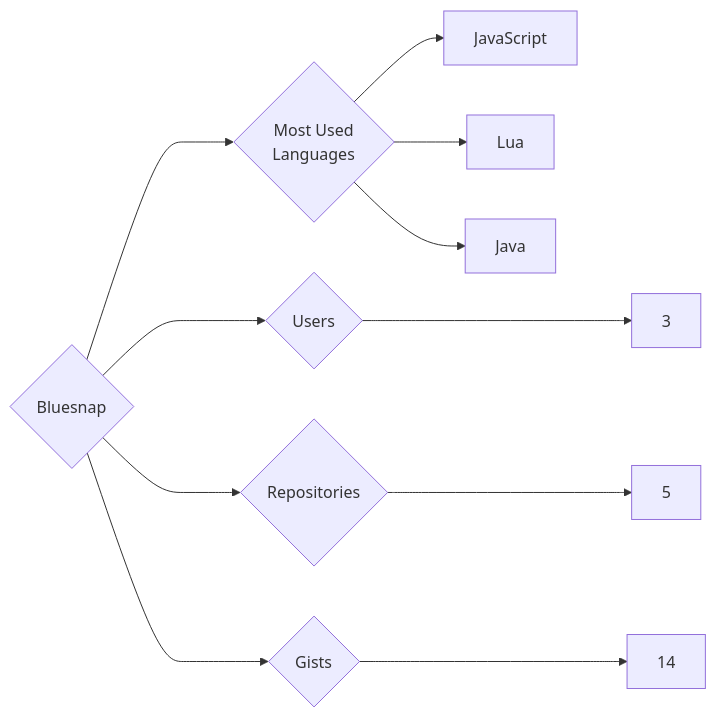
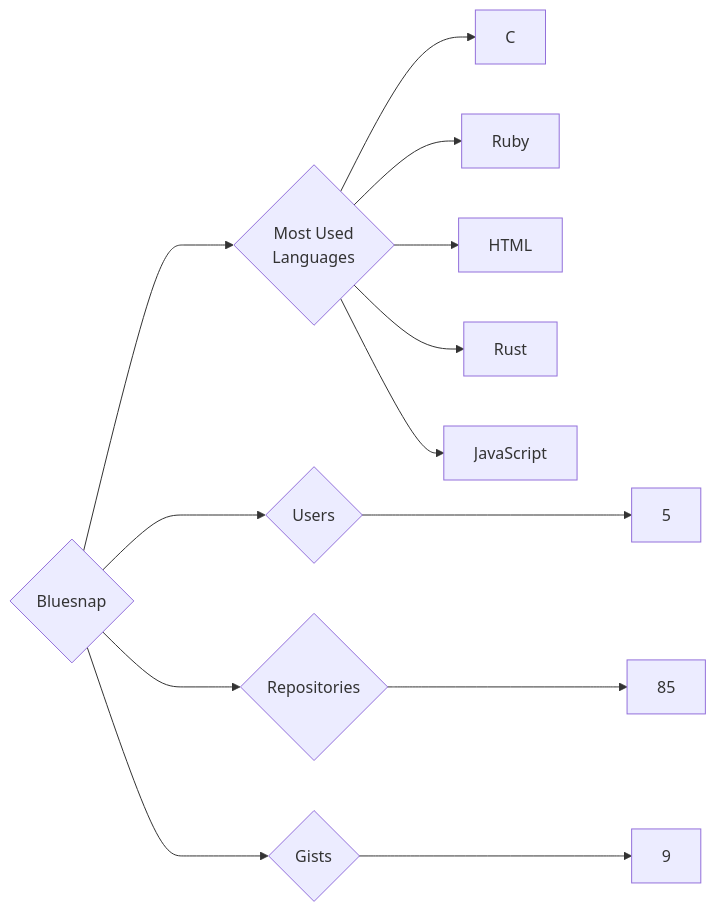
Before and after one commit to trickest/insiders: the diagram in targets/Bluesnap/README.md, drawn with Mermaid. The commit also changed 1314 other files, not shown here.

````diff
--- a/targets/Bluesnap/README.md
+++ b/targets/Bluesnap/README.md
@@ -3,11 +3,13 @@
 ```mermaid
 graph LR
 COMPANY_NAME{Bluesnap}
-COMPANY_NAME ---> U{Users} ---> UN[3]
-COMPANY_NAME ---> R{Repositories} ---> RN[5]
-COMPANY_NAME ---> G{Gists} ---> GN[14]
+COMPANY_NAME ---> U{Users} ---> UN[5]
+COMPANY_NAME ---> R{Repositories} ---> RN[85]
+COMPANY_NAME ---> G{Gists} ---> GN[9]
 COMPANY_NAME ---> ML{Most Used<br>Languages}
+ML --> C[C]
+ML --> Ruby[Ruby]
+ML --> HTML[HTML]
+ML --> Rust[Rust]
 ML --> JavaScript[JavaScript]
-ML --> Lua[Lua]
-ML --> Java[Java]
 ```
````
